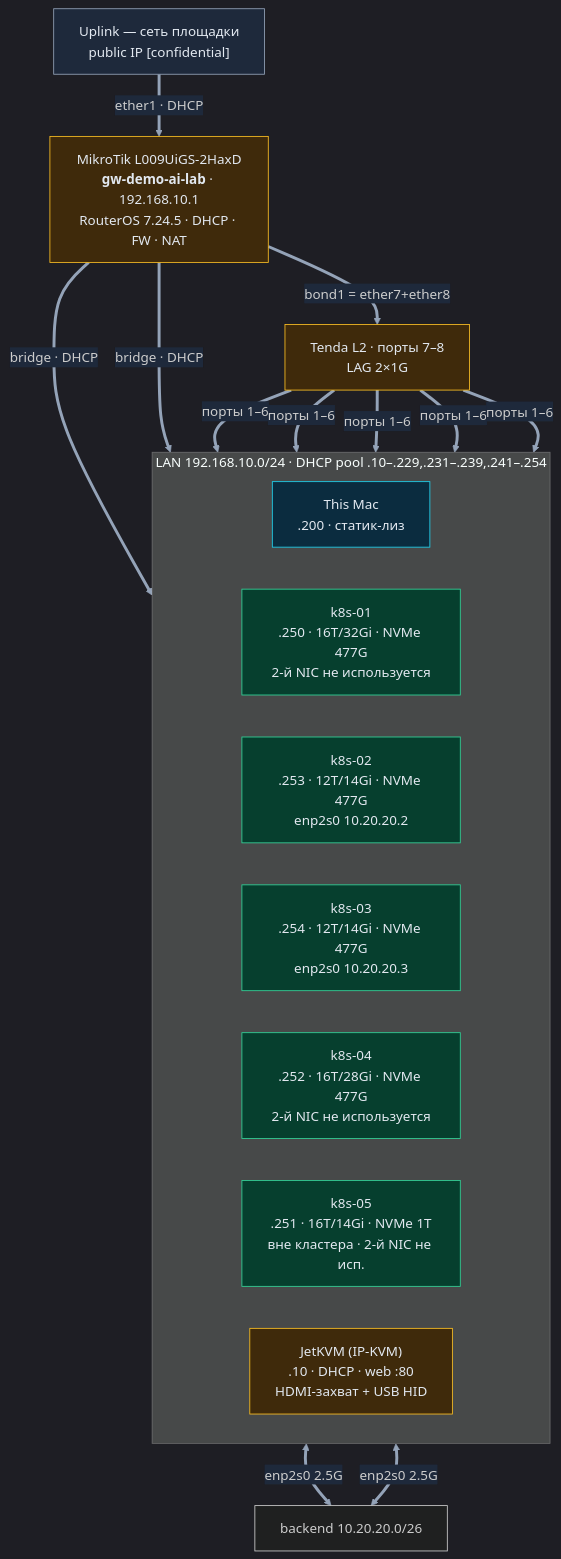
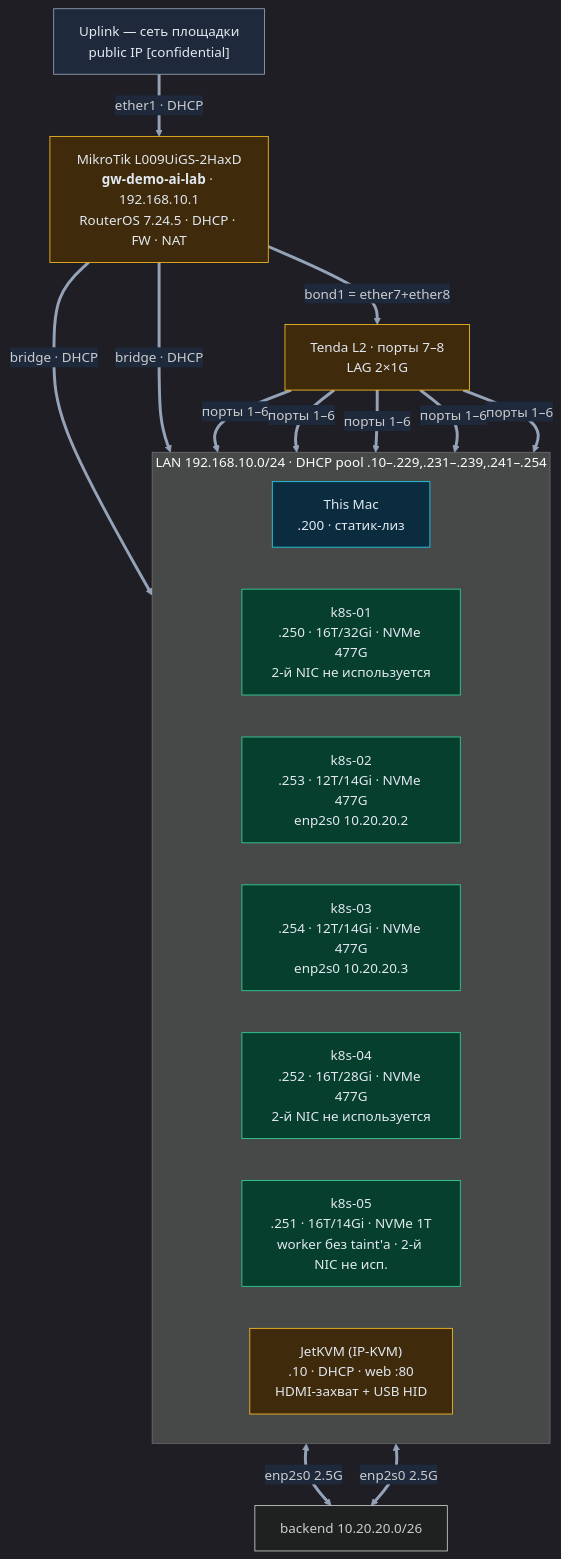
Before and after one commit to msklv/demo-ai-lab: the diagram in network-map-detail.md, drawn with Mermaid. The commit also changed other lines of this file and 4 other files, not shown here.

````diff
--- a/network-map-detail.md
+++ b/network-map-detail.md
@@ -16,39 +16,39 @@
 ```mermaid
 %%{init: {"theme": "dark", "themeVariables": {"fontFamily": "ui-monospace, monospace", "edgeLabelBackground": "#1e293b", "primaryTextColor": "#e2e8f0", "lineColor": "#94a3b8"}}}%%
 graph TD
 
     UP["Uplink — сеть площадки<br/>public IP [confidential]"]:::ext
 
     RT["MikroTik L009UiGS-2HaxD<br/><b>gw-demo-ai-lab</b> · 192.168.10.1<br/>RouterOS 7.24.5 · DHCP · FW · NAT"]:::net
 
     subgraph LAN["LAN 192.168.10.0/24 · DHCP pool .10–.229,.231–.239,.241–.254"]
         direction LR
         MAC["This Mac<br/>.200 · статик-лиз"]:::mac
         K1["k8s-01<br/>.250 · 16T/32Gi · NVMe 477G<br/>2-й NIC не используется"]:::linux
         K2["k8s-02<br/>.253 · 12T/14Gi · NVMe 477G<br/>enp2s0 10.20.20.2"]:::linux
         K3["k8s-03<br/>.254 · 12T/14Gi · NVMe 477G<br/>enp2s0 10.20.20.3"]:::linux
         K4["k8s-04<br/>.252 · 16T/28Gi · NVMe 477G<br/>2-й NIC не используется"]:::linux
-        K5["k8s-05<br/>.251 · 16T/14Gi · NVMe 1T<br/>вне кластера · 2-й NIC не исп."]:::linux
+        K5["k8s-05<br/>.251 · 16T/14Gi · NVMe 1T<br/>worker без taint'а · 2-й NIC не исп."]:::linux
         JK["JetKVM (IP-KVM)<br/>.10 · DHCP · web :80<br/>HDMI-захват + USB HID"]:::net
     end
 
     K2 <==>|"enp2s0 2.5G"| BE["backend 10.20.20.0/26"]
     K3 <==>|"enp2s0 2.5G"| BE
 
     UP ==>|"ether1 · DHCP"| RT
     SW["Tenda L2 · порты 7–8<br/>LAG 2×1G"]:::net
 
     RT ==>|"bridge · DHCP"| MAC
     RT ==>|"bridge · DHCP"| JK
     RT ==>|"bond1 = ether7+ether8"| SW
     SW ==>|"порты 1–6"| K1
     SW ==>|"порты 1–6"| K2
     SW ==>|"порты 1–6"| K3
     SW ==>|"порты 1–6"| K4
     SW ==>|"порты 1–6"| K5
 
     classDef mac fill:#0b2c3f,stroke:#22d3ee,color:#e2e8f0;
     classDef linux fill:#063f2e,stroke:#34d399,color:#e2e8f0;
     classDef net fill:#3f2a0b,stroke:#fbbf24,color:#e2e8f0;
     classDef ext fill:#1e293b,stroke:#94a3b8,color:#e2e8f0;
 ```
````
